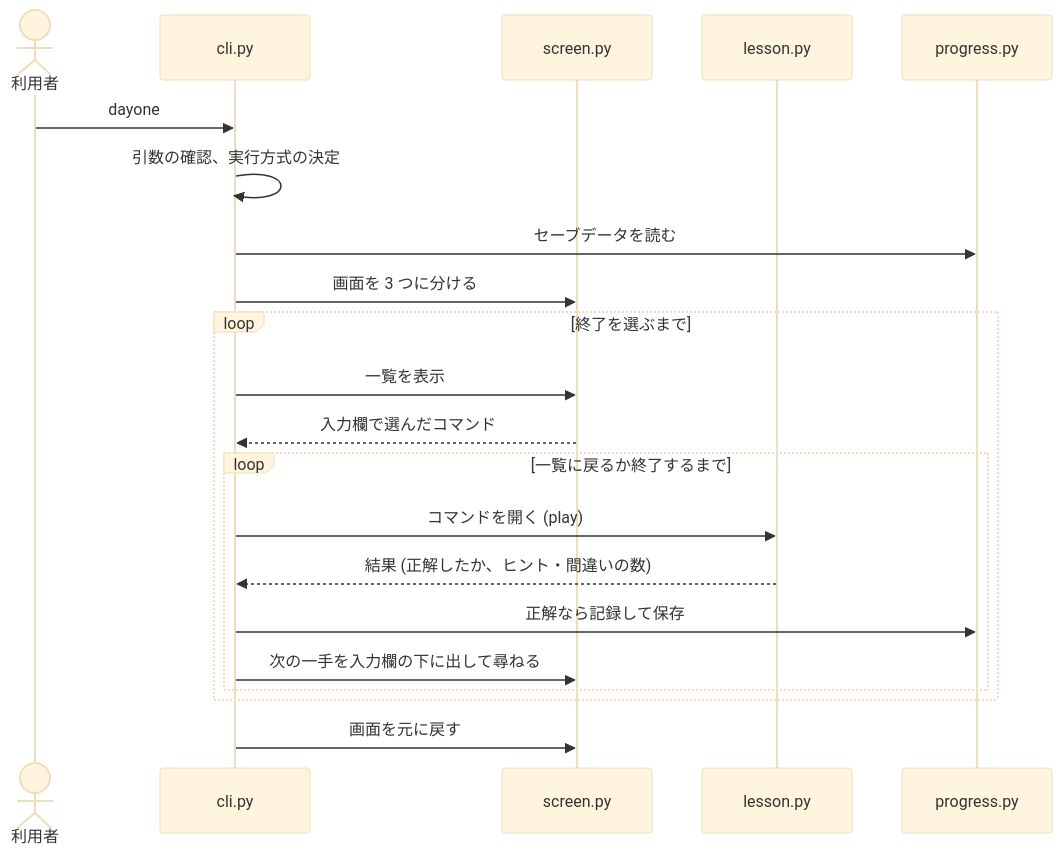
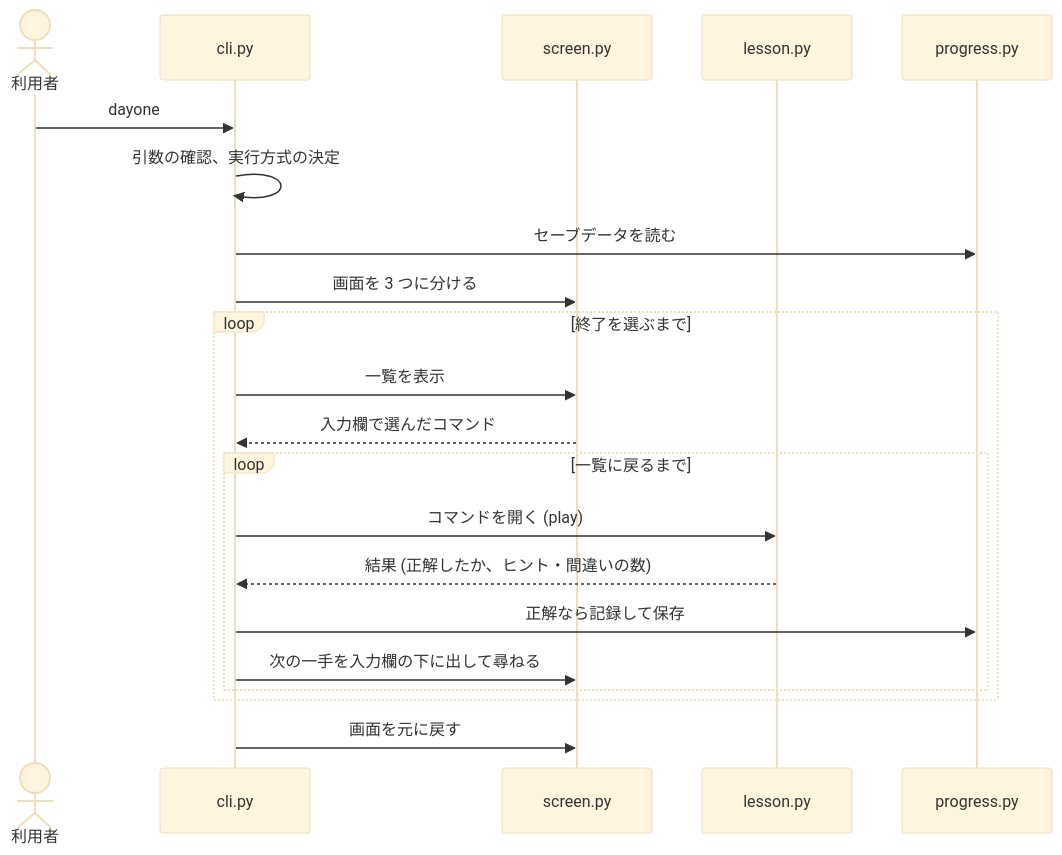
Before and after one commit to kasumiyanagita/day-one: the second of 3 diagrams in docs/architecture.md, drawn with Mermaid (base theme). The commit also changed other lines of this file and 12 other files, not shown here.

````diff
--- a/docs/architecture.md
+++ b/docs/architecture.md
@@ -92,24 +92,24 @@
 ```mermaid
 sequenceDiagram
     actor U as 利用者
     participant C as cli.py
     participant S as screen.py
     participant L as lesson.py
     participant P as progress.py
 
     U->>C: dayone
     C->>C: 引数の確認、実行方式の決定
     C->>P: セーブデータを読む
     C->>S: 画面を 3 つに分ける
     loop 終了を選ぶまで
         C->>S: 一覧を表示
         S-->>C: 入力欄で選んだコマンド
-        loop 一覧に戻るか終了するまで
+        loop 一覧に戻るまで
             C->>L: コマンドを開く (play)
             L-->>C: 結果 (正解したか、ヒント・間違いの数)
             C->>P: 正解なら記録して保存
             C->>S: 次の一手を入力欄の下に出して尋ねる
         end
     end
     C->>S: 画面を元に戻す
 ```
````
